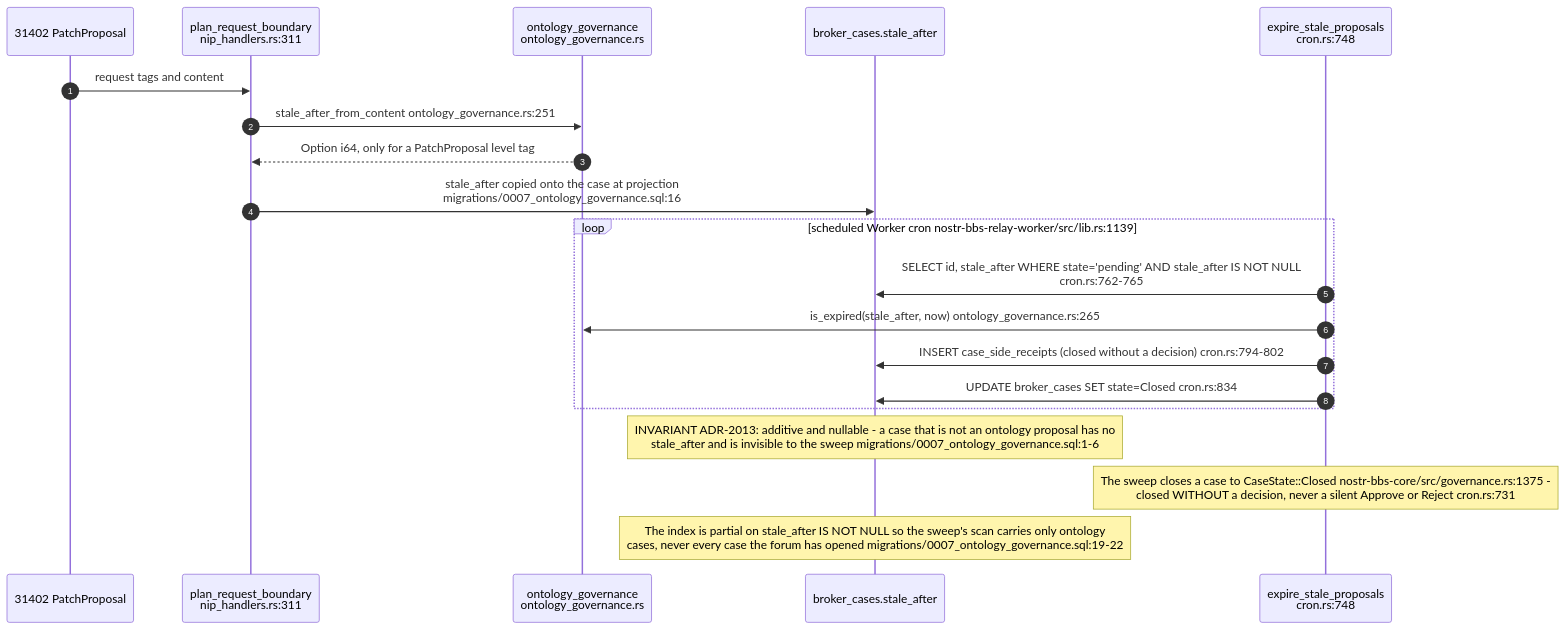
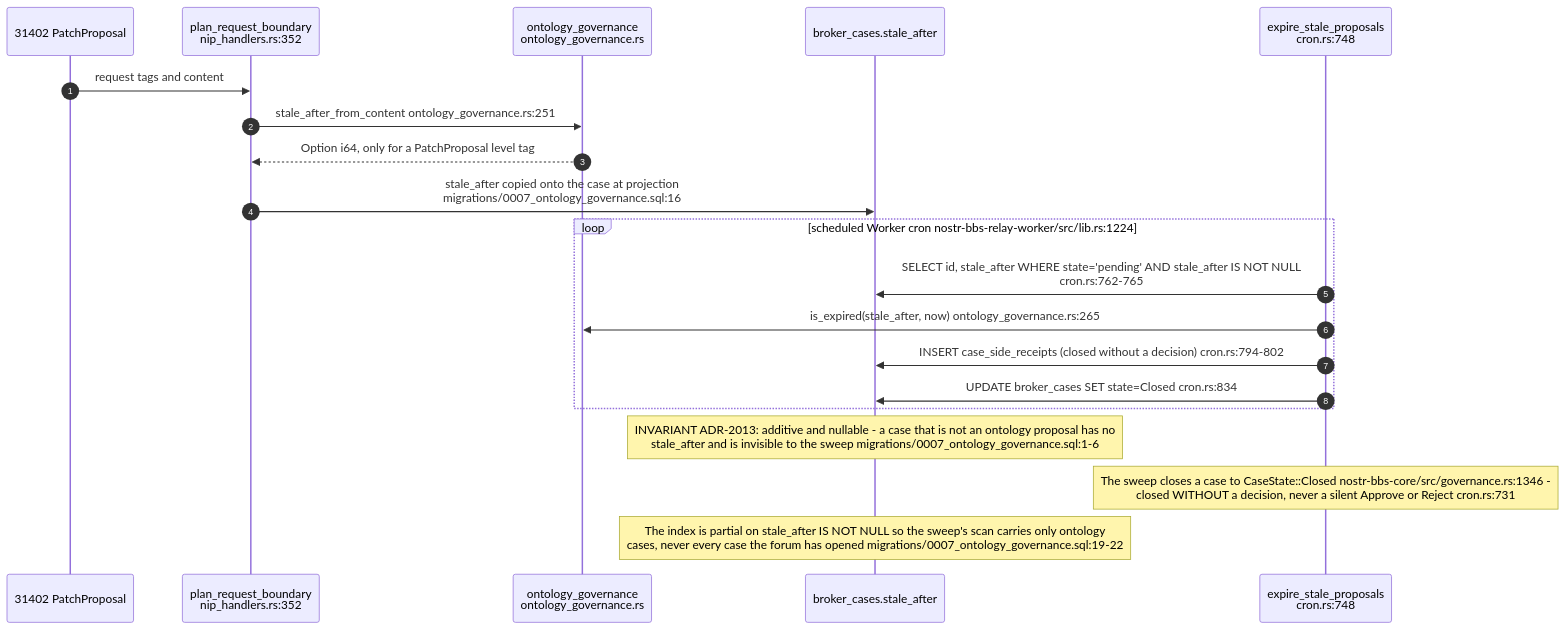
Diagram 14 of 17 in docs/diagrams/nostr-rust-forum/06-agent-control-surface-31400-31405.md (DreamLab-AI/VisionFlow), drawn with Mermaid before and after one commit. The commit also changed other lines of this file and 160 other files, not shown here.

````diff
--- a/docs/diagrams/nostr-rust-forum/06-agent-control-surface-31400-31405.md
+++ b/docs/diagrams/nostr-rust-forum/06-agent-control-surface-31400-31405.md
@@ -384,25 +399,25 @@
 ```mermaid
 sequenceDiagram
     autonumber
     participant REQ as 31402 PatchProposal
-    participant PB as plan_request_boundary<br/>nip_handlers.rs:311
+    participant PB as plan_request_boundary<br/>nip_handlers.rs:352
     participant OG as ontology_governance<br/>ontology_governance.rs
     participant DB as broker_cases.stale_after
     participant CRON as expire_stale_proposals<br/>cron.rs:748
 
     REQ->>PB: request tags and content
     PB->>OG: stale_after_from_content ontology_governance.rs:251
     OG-->>PB: Option i64, only for a PatchProposal level tag
     PB->>DB: stale_after copied onto the case at projection<br/>migrations/0007_ontology_governance.sql:16
 
-    loop scheduled Worker cron nostr-bbs-relay-worker/src/lib.rs:1139
+    loop scheduled Worker cron nostr-bbs-relay-worker/src/lib.rs:1224
         CRON->>DB: SELECT id, stale_after WHERE state='pending' AND stale_after IS NOT NULL<br/>cron.rs:762-765
         CRON->>OG: is_expired(stale_after, now) ontology_governance.rs:265
         CRON->>DB: INSERT case_side_receipts (closed without a decision) cron.rs:794-802
         CRON->>DB: UPDATE broker_cases SET state=Closed cron.rs:834
     end
 
     Note over DB: INVARIANT ADR-2013: additive and nullable - a case that is not an ontology proposal has no<br/>stale_after and is invisible to the sweep migrations/0007_ontology_governance.sql:1-6
-    Note over CRON: The sweep closes a case to CaseState::Closed nostr-bbs-core/src/governance.rs:1375 -<br/>closed WITHOUT a decision, never a silent Approve or Reject cron.rs:731
+    Note over CRON: The sweep closes a case to CaseState::Closed nostr-bbs-core/src/governance.rs:1346 -<br/>closed WITHOUT a decision, never a silent Approve or Reject cron.rs:731
     Note over DB: The index is partial on stale_after IS NOT NULL so the sweep's scan carries only ontology<br/>cases, never every case the forum has opened migrations/0007_ontology_governance.sql:19-22
 ```
````
